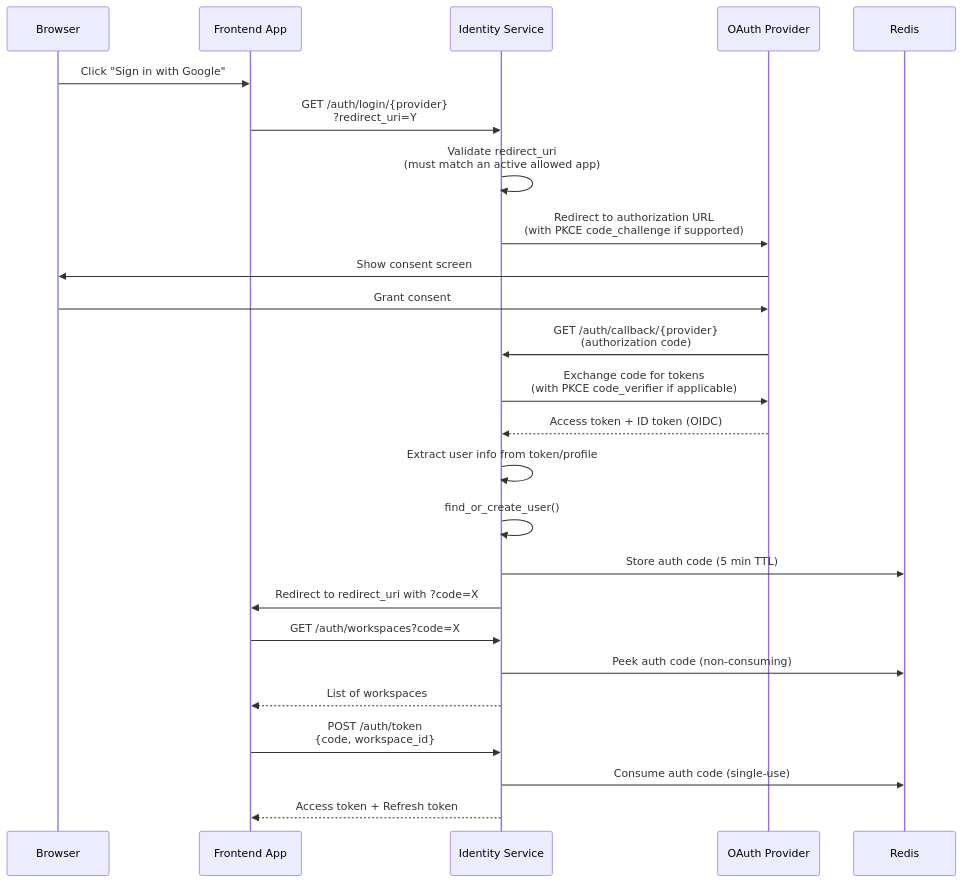
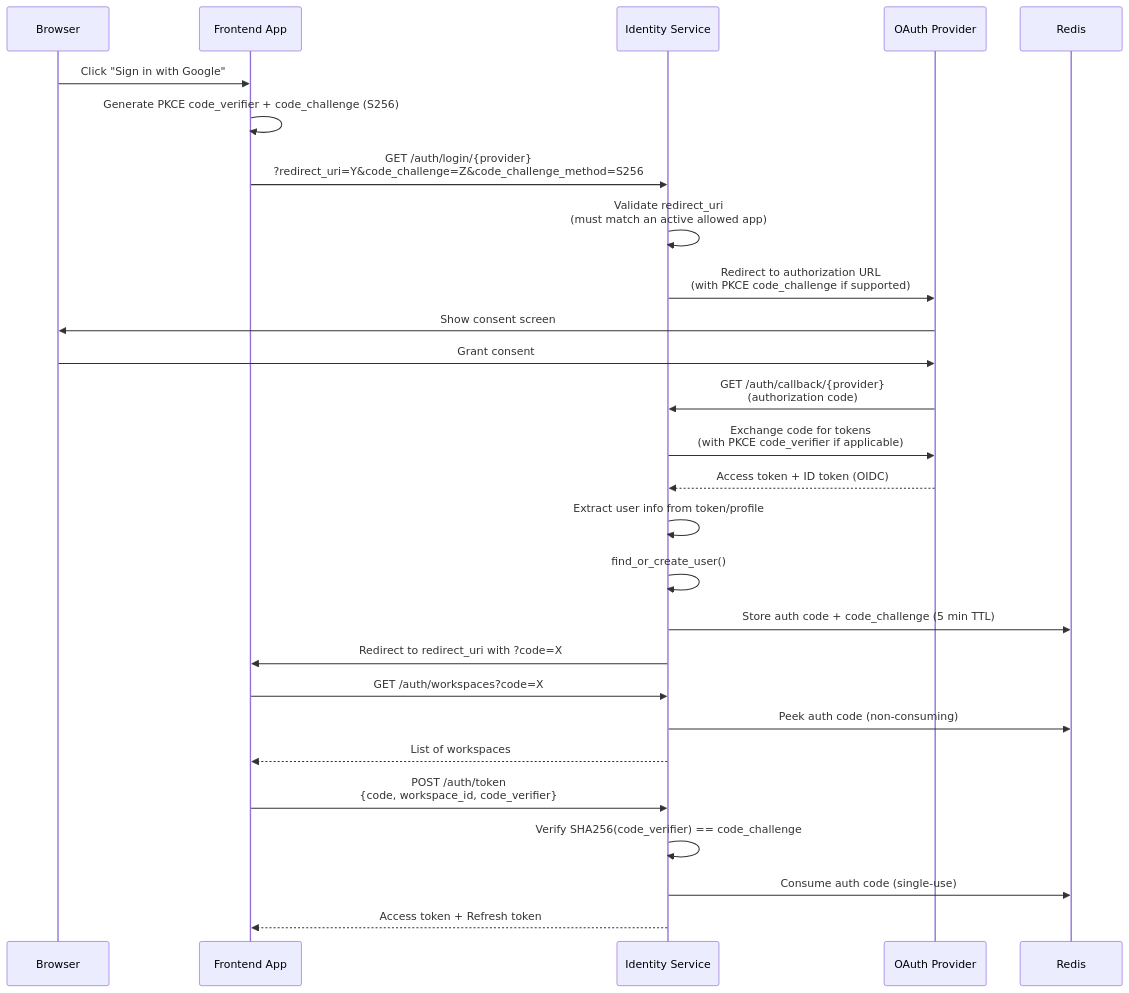
The diagram in docs/guide/authentication.md (sidxz/DIS), drawn with Mermaid before and after one commit. The commit also changed other lines of this file and 29 other files, not shown here.

````diff
--- a/docs/guide/authentication.md
+++ b/docs/guide/authentication.md
@@ -7,28 +7,30 @@
 ```mermaid
 sequenceDiagram
     participant Browser
     participant App as Frontend App
     participant IS as Identity Service
     participant IdP as OAuth Provider
     participant Redis
 
     Browser->>App: Click "Sign in with Google"
-    App->>IS: GET /auth/login/{provider}<br/>?redirect_uri=Y
+    App->>App: Generate PKCE code_verifier + code_challenge (S256)
+    App->>IS: GET /auth/login/{provider}<br/>?redirect_uri=Y&code_challenge=Z&code_challenge_method=S256
     IS->>IS: Validate redirect_uri<br/>(must match an active allowed app)
     IS->>IdP: Redirect to authorization URL<br/>(with PKCE code_challenge if supported)
     IdP->>Browser: Show consent screen
     Browser->>IdP: Grant consent
     IdP->>IS: GET /auth/callback/{provider}<br/>(authorization code)
     IS->>IdP: Exchange code for tokens<br/>(with PKCE code_verifier if applicable)
     IdP-->>IS: Access token + ID token (OIDC)
     IS->>IS: Extract user info from token/profile
     IS->>IS: find_or_create_user()
-    IS->>Redis: Store auth code (5 min TTL)
+    IS->>Redis: Store auth code + code_challenge (5 min TTL)
     IS->>App: Redirect to redirect_uri with ?code=X
     App->>IS: GET /auth/workspaces?code=X
     IS->>Redis: Peek auth code (non-consuming)
     IS-->>App: List of workspaces
-    App->>IS: POST /auth/token<br/>{code, workspace_id}
+    App->>IS: POST /auth/token<br/>{code, workspace_id, code_verifier}
+    IS->>IS: Verify SHA256(code_verifier) == code_challenge
     IS->>Redis: Consume auth code (single-use)
     IS-->>App: Access token + Refresh token
 ```
````
